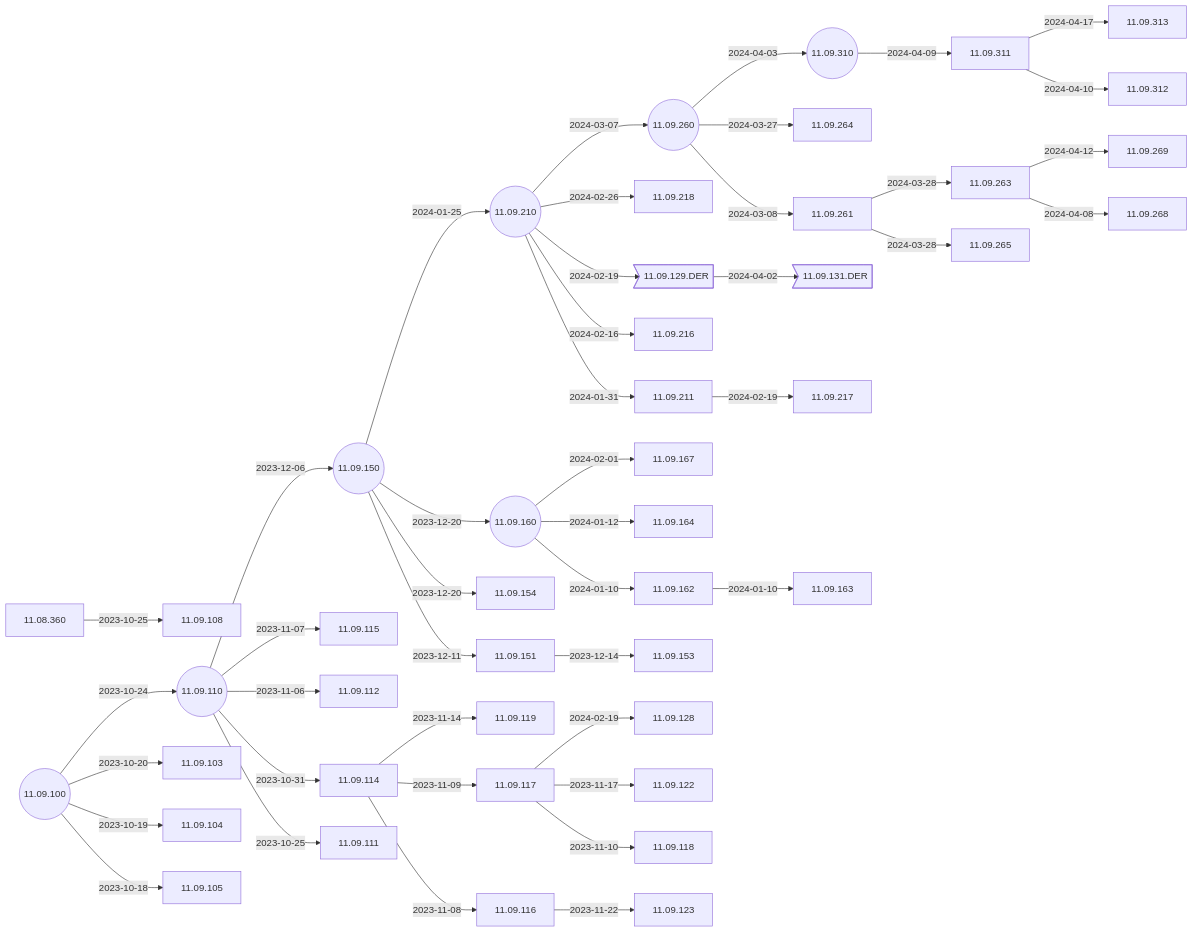
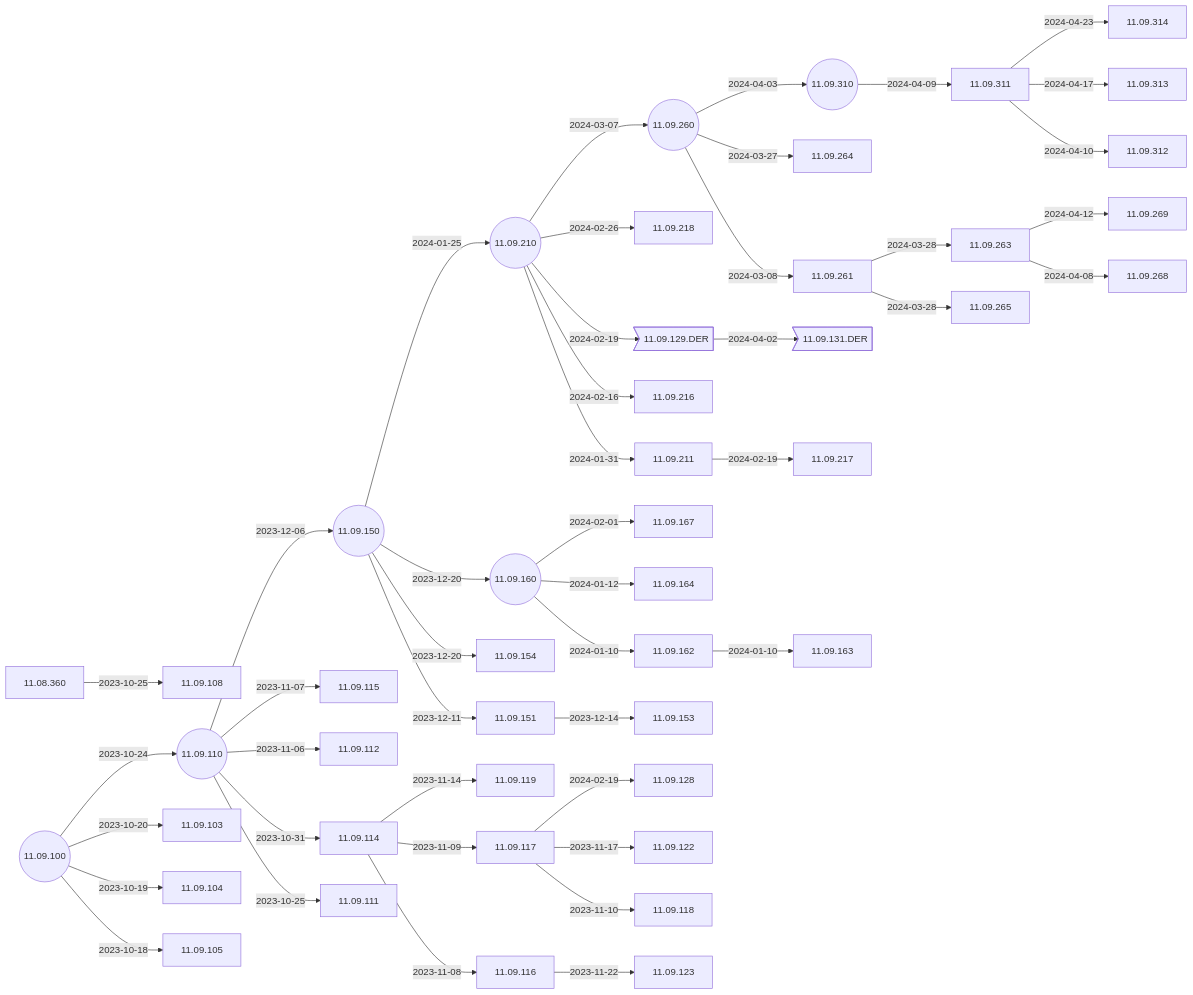
One commit to IGEL-Community/IGEL-Docs-v02 changed the second of 5 diagrams in docs/Docs/ReleaseNotes/01-OS11/README.md. Above: the diagram before and after it, drawn with Mermaid. The commit also changed 2 other files, not shown here.

Commit message:
11.09.314 < 11.09.311

````diff
--- a/docs/Docs/ReleaseNotes/01-OS11/README.md
+++ b/docs/Docs/ReleaseNotes/01-OS11/README.md
@@ -41,5 +41,6 @@
 ```mermaid
 flowchart LR
+    11.09.311-- 2024-04-23 -->11.09.314
     11.09.311-- 2024-04-17 -->11.09.313
     11.09.263-- 2024-04-12 -->11.09.269
     11.09.311-- 2024-04-10 -->11.09.312
@@ -84,6 +85,7 @@
     11.09.100-- 2023-10-19 -->11.09.104
     11.09.100-- 2023-10-18 -->11.09.105
     11.09.100((11.09.100))
+    click 11.09.314 "https://github.com/IGEL-Community/IGEL-Docs-v02/tree/main/docs/Docs/ReleaseNotes/01-OS11/readme11.09.314.txt" _blank
     click 11.09.313 "https://github.com/IGEL-Community/IGEL-Docs-v02/tree/main/docs/Docs/ReleaseNotes/01-OS11/readme11.09.313.txt" _blank
     click 11.09.269 "https://github.com/IGEL-Community/IGEL-Docs-v02/tree/main/docs/Docs/ReleaseNotes/01-OS11/readme11.09.269.txt" _blank
     click 11.09.312 "https://github.com/IGEL-Community/IGEL-Docs-v02/tree/main/docs/Docs/ReleaseNotes/01-OS11/readme11.09.312.txt" _blank
````
